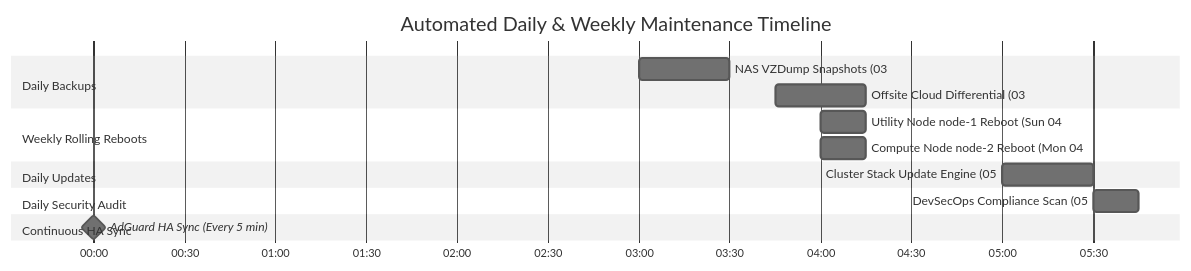
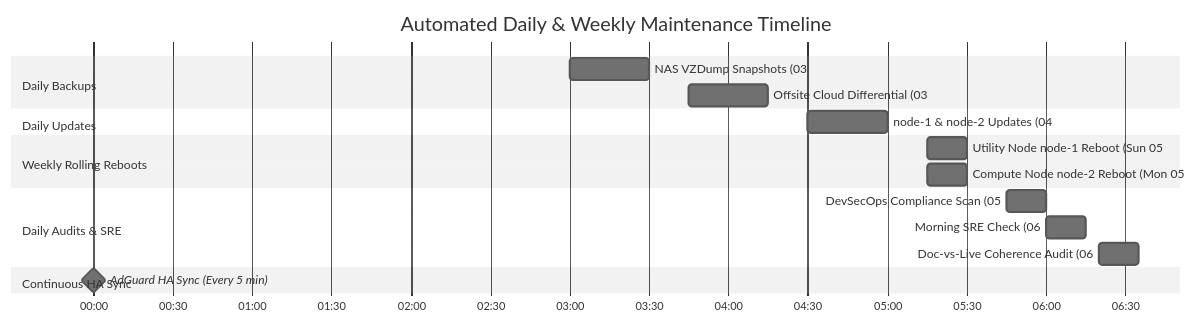
Before and after one commit to lambertaurelle/agentic-homelab-iac: the first of 3 diagrams in docs/MAINTENANCE.md, drawn with Mermaid (neutral theme). The commit also changed other lines of this file and 25 other files, not shown here.

````diff
--- a/docs/MAINTENANCE.md
+++ b/docs/MAINTENANCE.md
@@ -11,23 +11,25 @@
 ```mermaid
 gantt
     title Automated Daily & Weekly Maintenance Timeline
     dateFormat HH:mm
     axisFormat %H:%M
 
     section Daily Backups
     NAS VZDump Snapshots (03:00)       :active, 03:00, 30m
     Offsite Cloud Differential (03:45) :active, 03:45, 30m
 
+    section Daily Updates
+    node-1 & node-2 Updates (04:30/04:45):done, 04:30, 30m
+
     section Weekly Rolling Reboots
-    Utility Node node-1 Reboot (Sun 04:00) :crit, 04:00, 15m
-    Compute Node node-2 Reboot (Mon 04:00)  :crit, 04:00, 15m
+    Utility Node node-1 Reboot (Sun 05:15) :crit, 05:15, 15m
+    Compute Node node-2 Reboot (Mon 05:15)  :crit, 05:15, 15m
 
-    section Daily Updates
-    Cluster Stack Update Engine (05:00):done, 05:00, 30m
-
-    section Daily Security Audit
-    DevSecOps Compliance Scan (05:30)  :active, 05:30, 15m
+    section Daily Audits & SRE
+    DevSecOps Compliance Scan (05:45)  :active, 05:45, 15m
+    Morning SRE Check (06:00)          :active, 06:00, 15m
+    Doc-vs-Live Coherence Audit (06:20):active, 06:20, 15m
 
     section Continuous HA Sync
     AdGuard HA Sync (Every 5 min)      :milestone, 00:00, 0m
 ```
````
